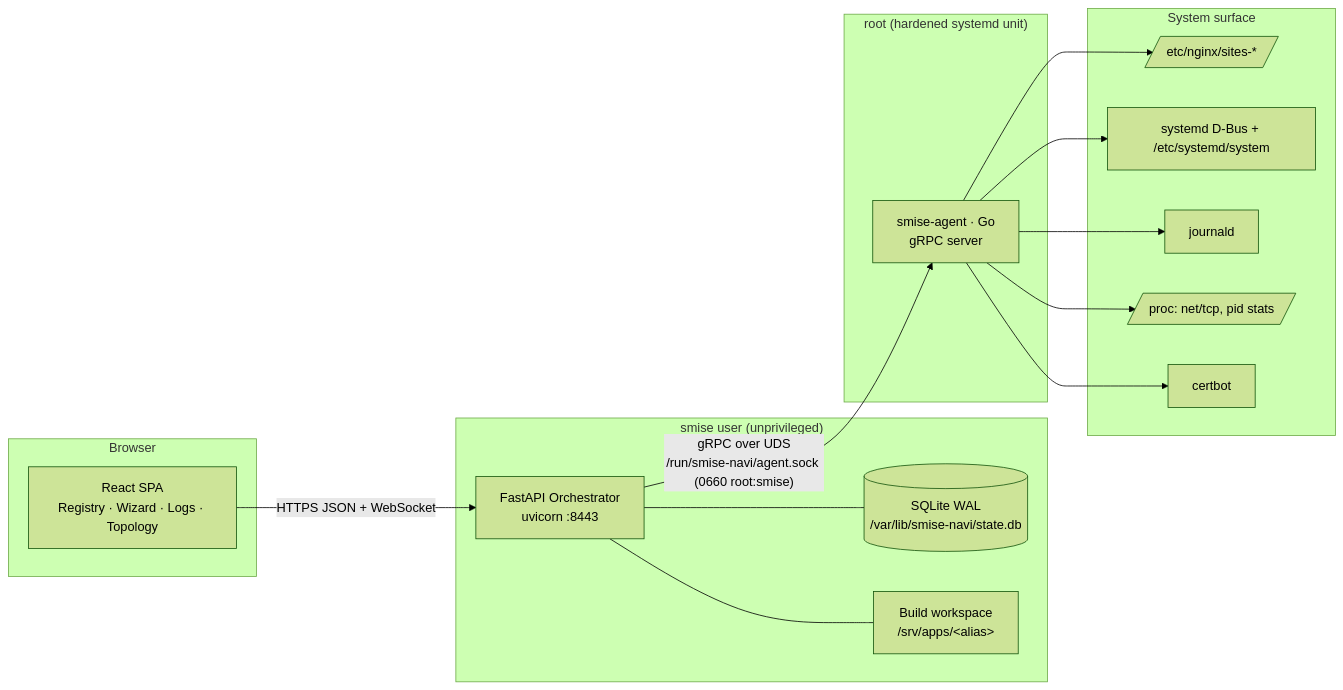
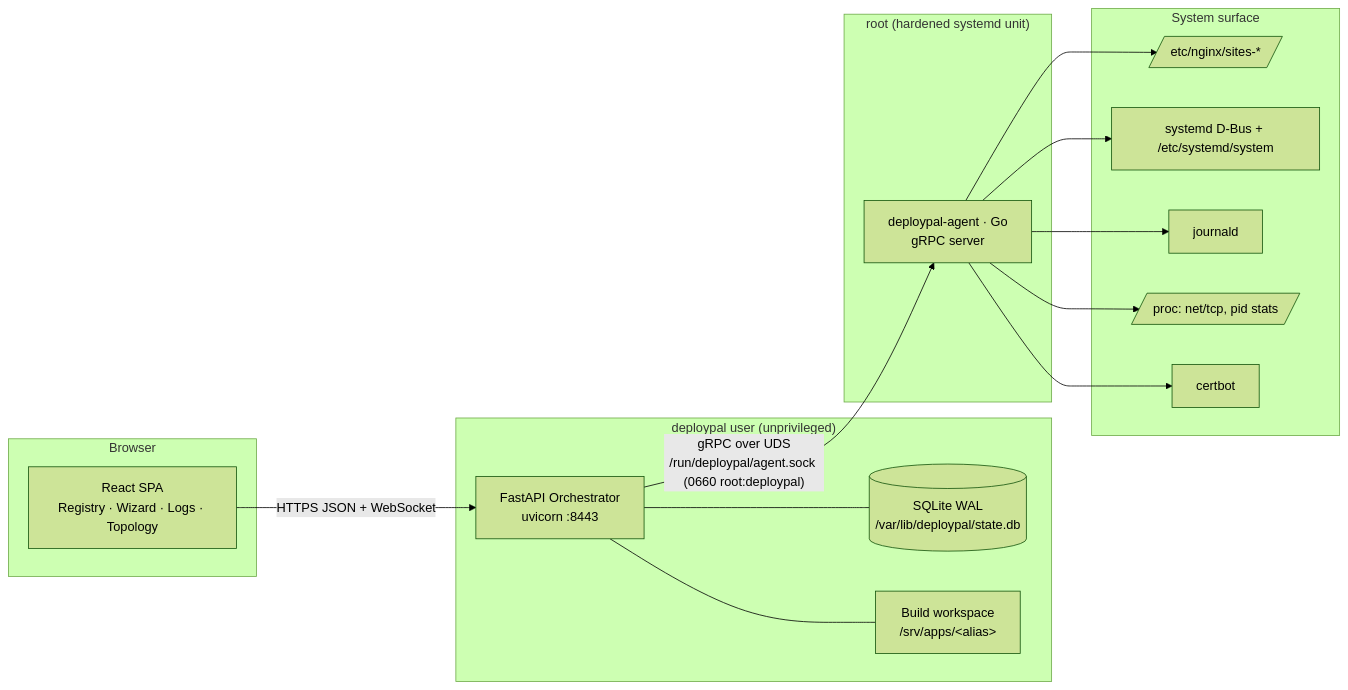
Before and after one commit to alikhd1/DeployPal: the first of 3 diagrams in docs/ARCHITECTURE.md, drawn with Mermaid (forest theme). The commit also changed other lines of this file and 25 other files, not shown here.

First line of the commit message:
Rename smise to deploypal everywhere

````diff
--- a/docs/ARCHITECTURE.md
+++ b/docs/ARCHITECTURE.md
@@ -26,30 +26,30 @@
 ```mermaid
 flowchart LR
     subgraph Browser
         UI[React SPA<br/>Registry · Wizard · Logs · Topology]
     end
 
-    subgraph "smise user (unprivileged)"
+    subgraph "deploypal user (unprivileged)"
         API[FastAPI Orchestrator<br/>uvicorn :8443]
-        DB[(SQLite WAL<br/>/var/lib/smise-navi/state.db)]
+        DB[(SQLite WAL<br/>/var/lib/deploypal/state.db)]
         WORK[Build workspace<br/>/srv/apps/&lt;alias&gt;]
         API --- DB
         API --- WORK
     end
 
     subgraph "root (hardened systemd unit)"
-        AGENT[smise-agent · Go<br/>gRPC server]
+        AGENT[deploypal-agent · Go<br/>gRPC server]
     end
 
     subgraph "System surface"
         NGX[/etc/nginx/sites-*/]
         SYSD[systemd D-Bus + /etc/systemd/system]
         JRNL[journald]
         PROC[/proc: net/tcp, pid stats/]
         CERT[certbot]
     end
 
     UI -- "HTTPS JSON + WebSocket" --> API
-    API -- "gRPC over UDS<br/>/run/smise-navi/agent.sock (0660 root:smise)" --> AGENT
+    API -- "gRPC over UDS<br/>/run/deploypal/agent.sock (0660 root:deploypal)" --> AGENT
     AGENT --> NGX & SYSD & JRNL & PROC & CERT
 ```
````
